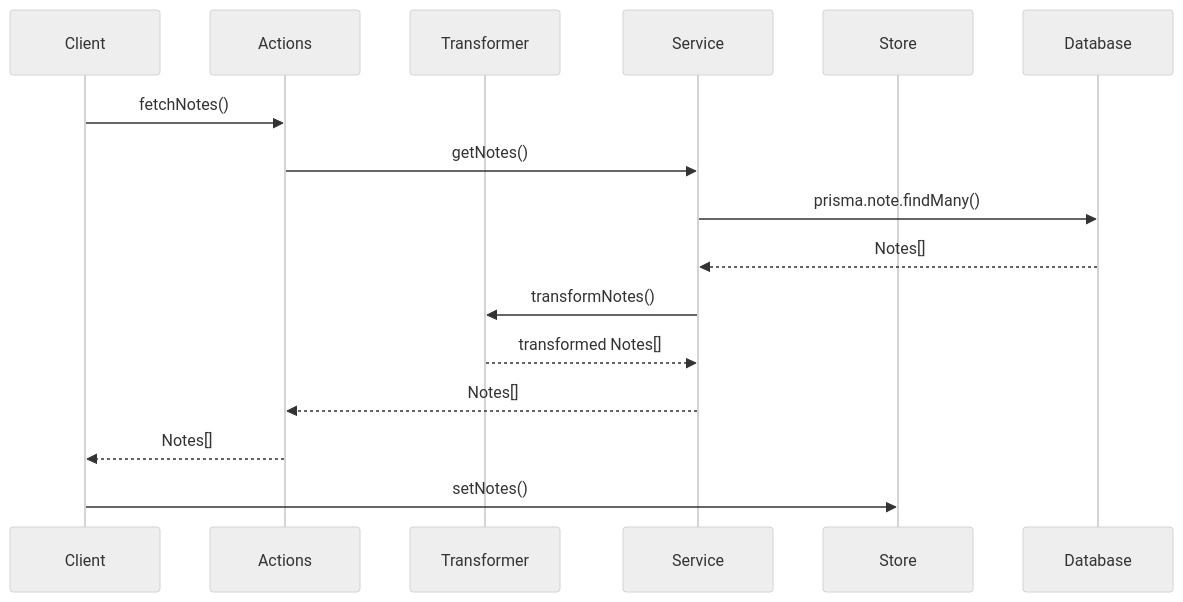
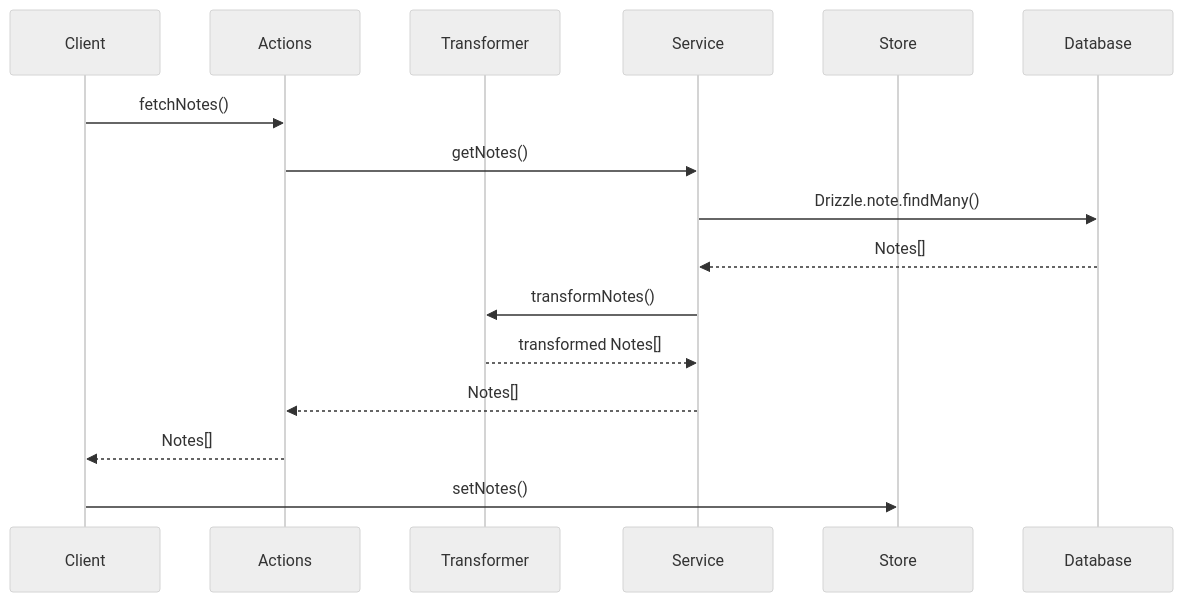
The second of 2 diagrams in src/transformers/note/documentation.md (gvastethecreator/media-manager), drawn with Mermaid (neutral theme) before and after one commit. The commit also changed other lines of this file and 126 other files, not shown here.

````diff
--- a/src/transformers/note/documentation.md
+++ b/src/transformers/note/documentation.md
@@ -37,19 +37,19 @@
 ```mermaid
 sequenceDiagram
     participant Client
     participant Actions
     participant Transformer
     participant Service
     participant Store
     participant Database
 
     Client->>Actions: fetchNotes()
     Actions->>Service: getNotes()
-    Service->>Database: prisma.note.findMany()
+    Service->>Database: Drizzle.note.findMany()
     Database-->>Service: Notes[]
     Service->>Transformer: transformNotes()
     Transformer-->>Service: transformed Notes[]
     Service-->>Actions: Notes[]
     Actions-->>Client: Notes[]
     Client->>Store: setNotes()
 ```
````
